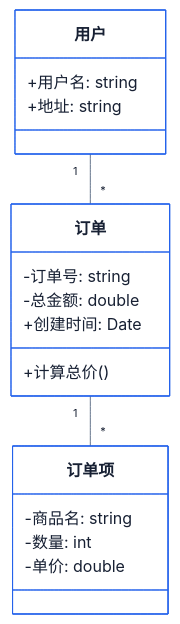
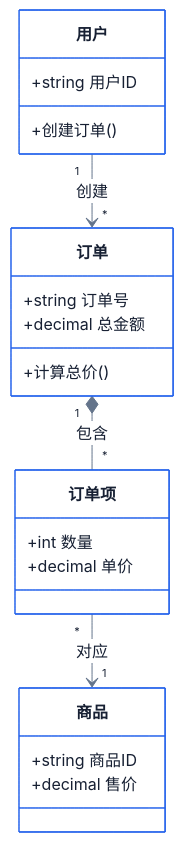
The diagram in .opencode/skills/mermaid-gen/examples/class-diagram.md (BeWaterMyFriend7/SKILL-PROJECT), drawn with Mermaid before and after one commit. The commit also changed other lines of this file and 39 other files, not shown here.

First line of the commit message:
优化 mermaid-gen 生成流程与校验能力

````diff
--- a/.opencode/skills/mermaid-gen/examples/class-diagram.md
+++ b/.opencode/skills/mermaid-gen/examples/class-diagram.md
@@ -22,21 +5,24 @@
 ```mermaid
 %%{init: {"theme":"base","themeVariables":{"fontFamily":"Inter, Noto Sans SC, Microsoft YaHei, sans-serif","primaryColor":"#FFFFFF","primaryBorderColor":"#2563EB","primaryTextColor":"#172033","lineColor":"#64748B","background":"#F6F8FB"}}}%%
 classDiagram
+    class 用户 {
+        +string 用户ID
+        +创建订单()
+    }
     class 订单 {
-        -订单号: string
-        -总金额: double
-        +创建时间: Date
+        +string 订单号
+        +decimal 总金额
         +计算总价()
     }
     class 订单项 {
-        -商品名: string
-        -数量: int
-        -单价: double
+        +int 数量
+        +decimal 单价
     }
-    class 用户 {
-        +用户名: string
-        +地址: string
+    class 商品 {
+        +string 商品ID
+        +decimal 售价
     }
-    订单 "1" -- "*" 订单项
-    用户 "1" -- "*" 订单  
+    用户 "1" --> "*" 订单 : 创建
+    订单 "1" *-- "*" 订单项 : 包含
+    订单项 "*" --> "1" 商品 : 对应
 ```
````
